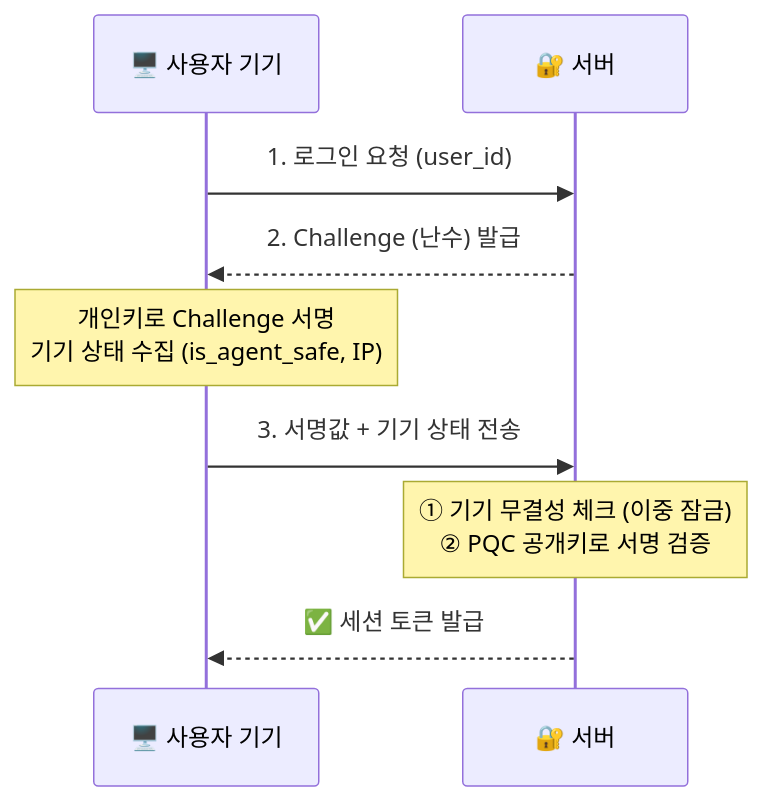
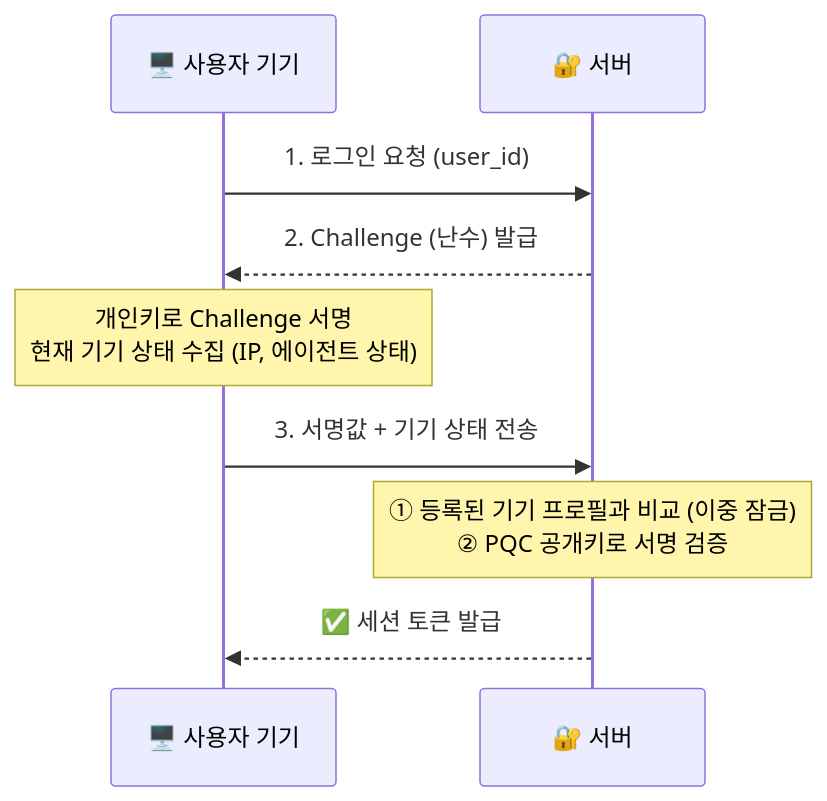
Before and after one commit to nnazero/zero-trust-auth: the second of 2 diagrams in README.md, drawn with Mermaid. The commit also changed other lines of this file, not shown here.

````diff
--- a/README.md
+++ b/README.md
@@ -22,16 +34,16 @@
 ```mermaid
 sequenceDiagram
     participant C as 🖥️ 사용자 기기
     participant S as 🔐 서버
 
     C->>S: 1. 로그인 요청 (user_id)
     S-->>C: 2. Challenge (난수) 발급
 
-    Note over C: 개인키로 Challenge 서명<br/>기기 상태 수집 (is_agent_safe, IP)
+    Note over C: 개인키로 Challenge 서명<br/>현재 기기 상태 수집 (IP, 에이전트 상태)
 
     C->>S: 3. 서명값 + 기기 상태 전송
     
-    Note over S: ① 기기 무결성 체크 (이중 잠금)<br/>② PQC 공개키로 서명 검증
+    Note over S: ① 등록된 기기 프로필과 비교 (이중 잠금)<br/>② PQC 공개키로 서명 검증
     
     S-->>C: ✅ 세션 토큰 발급
 ```
````
